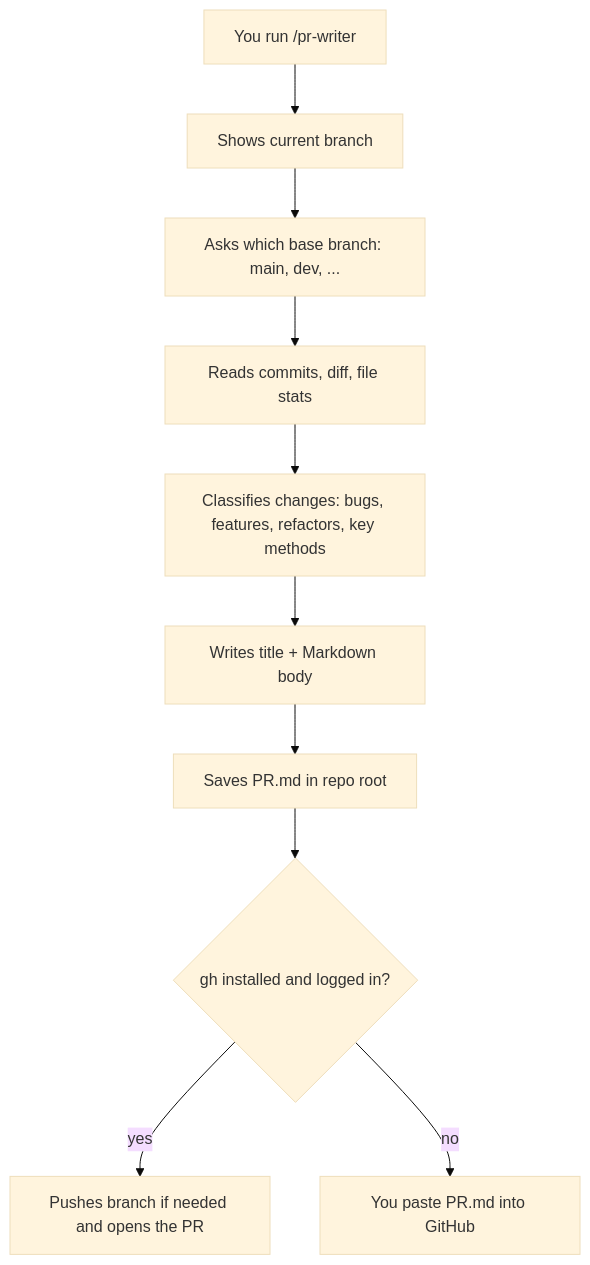
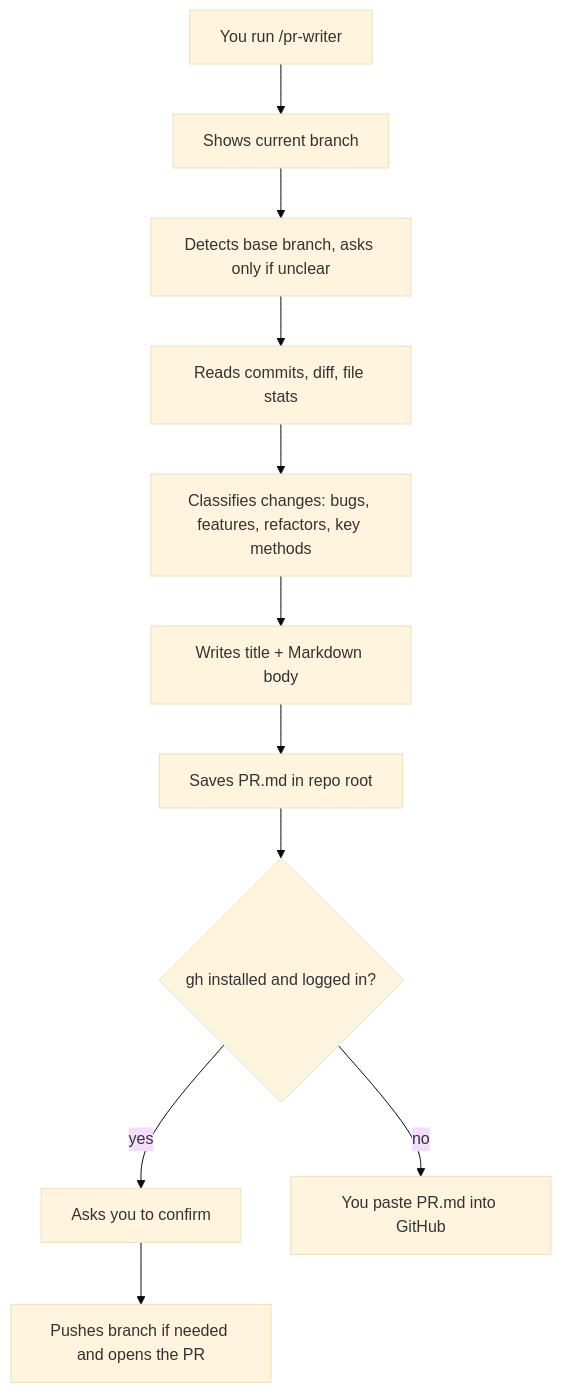
Before and after one commit to haiderfiaz05/Pr-writer: the diagram in docs/GUIDE.md, drawn with Mermaid (base theme). The commit also changed other lines of this file and 8 other files, not shown here.

````diff
--- a/docs/GUIDE.md
+++ b/docs/GUIDE.md
@@ -11,12 +11,13 @@
 ```mermaid
 flowchart TD
     A[You run /pr-writer] --> B[Shows current branch]
-    B --> C[Asks which base branch: main, dev, ...]
+    B --> C[Detects base branch, asks only if unclear]
     C --> D[Reads commits, diff, file stats]
     D --> E[Classifies changes: bugs, features, refactors, key methods]
     E --> F[Writes title + Markdown body]
     F --> G[Saves PR.md in repo root]
     G --> H{gh installed and logged in?}
-    H -- yes --> I[Pushes branch if needed and opens the PR]
+    H -- yes --> K[Asks you to confirm]
+    K --> I[Pushes branch if needed and opens the PR]
     H -- no --> J[You paste PR.md into GitHub]
 ```
````
